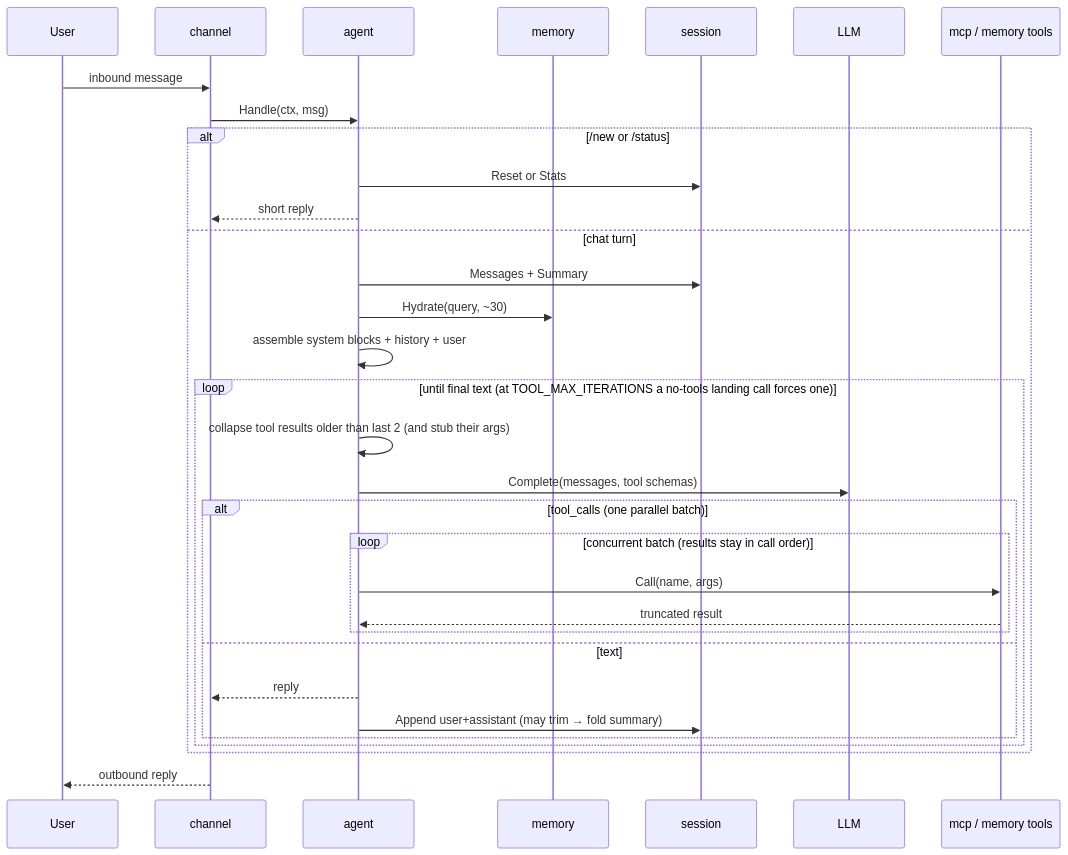
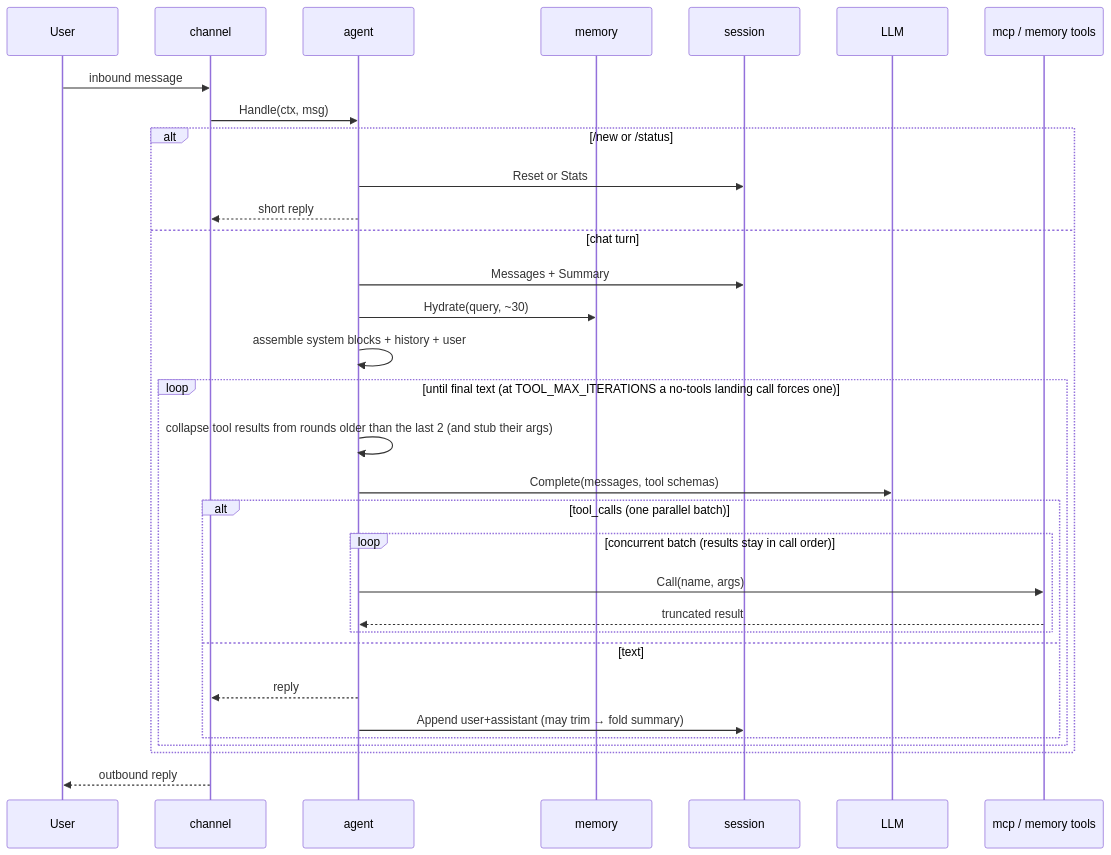
The fourth of 8 diagrams in docs/architecture.md (shotah/ai-gantry), drawn with Mermaid before and after one commit. The commit also changed 6 other files, not shown here.

````diff
--- a/docs/architecture.md
+++ b/docs/architecture.md
@@ -137,35 +137,35 @@
 ```mermaid
 sequenceDiagram
   participant U as User
   participant Ch as channel
   participant A as agent
   participant M as memory
   participant S as session
   participant L as LLM
   participant T as mcp / memory tools
 
   U->>Ch: inbound message
   Ch->>A: Handle(ctx, msg)
   alt /new or /status
     A->>S: Reset or Stats
     A-->>Ch: short reply
   else chat turn
     A->>S: Messages + Summary
     A->>M: Hydrate(query, ~30)
     A->>A: assemble system blocks + history + user
     loop until final text (at TOOL_MAX_ITERATIONS a no-tools landing call forces one)
-      A->>A: collapse tool results older than last 2 (and stub their args)
+      A->>A: collapse tool results from rounds older than the last 2 (and stub their args)
       A->>L: Complete(messages, tool schemas)
       alt tool_calls (one parallel batch)
         loop concurrent batch (results stay in call order)
           A->>T: Call(name, args)
           T-->>A: truncated result
         end
       else text
         A-->>Ch: reply
         A->>S: Append user+assistant (may trim → fold summary)
       end
     end
   end
   Ch-->>U: outbound reply
 ```
````
